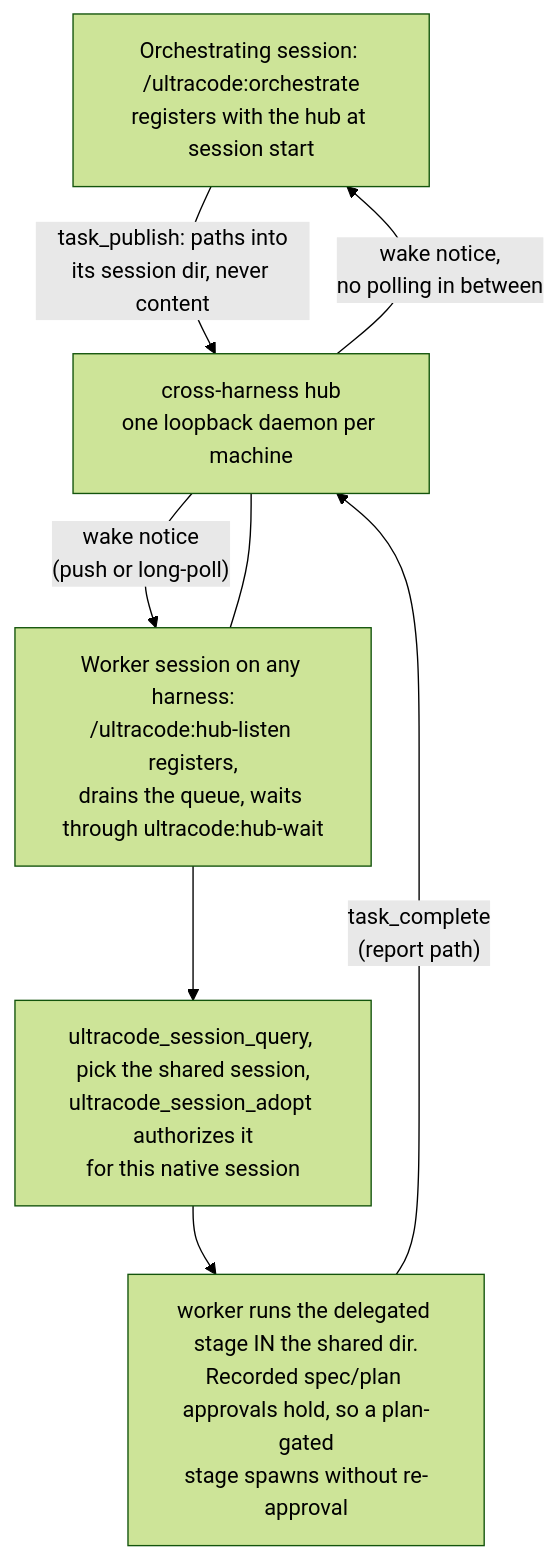
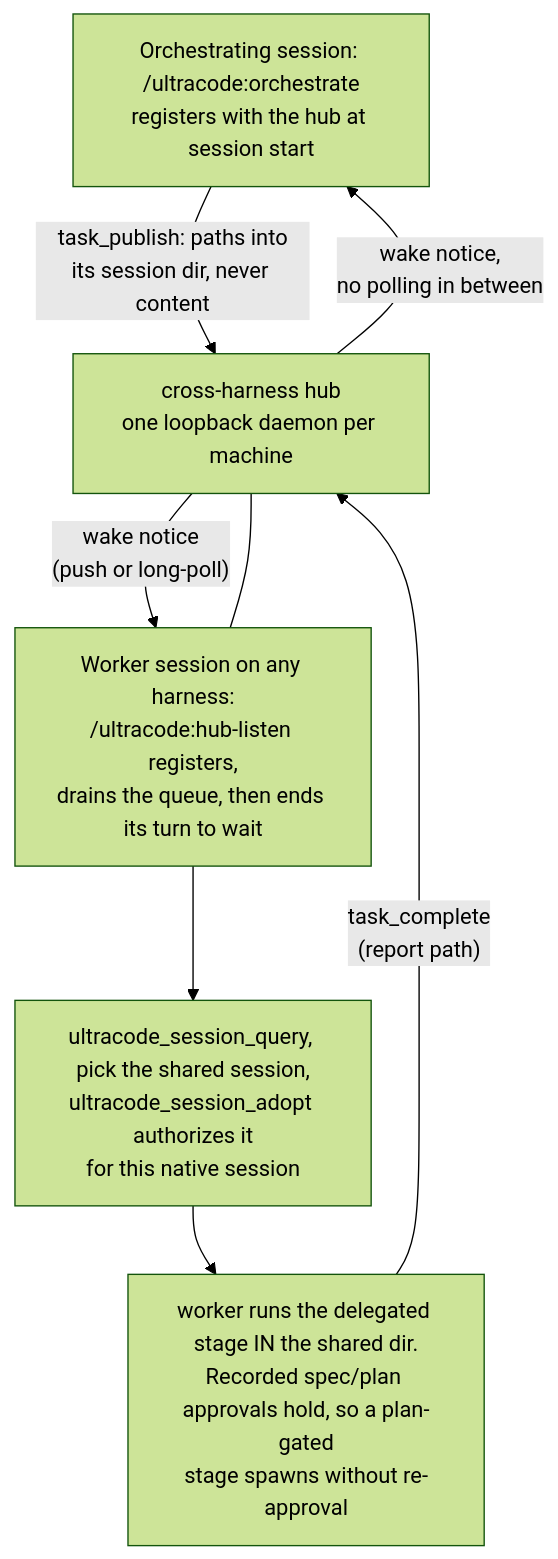
One commit to diepquynh/ultracode changed the second of 3 diagrams in README.md. Above: the diagram before and after it, drawn with Mermaid (forest theme). The commit also changed 37 other files, not shown here.

Commit message:
Remove hub-wait, restrict repo profile load for orchestrator

````diff
--- a/README.md
+++ b/README.md
@@ -175,10 +175,10 @@
 ```mermaid
 flowchart TD
     ORCH["Orchestrating session: /ultracode:orchestrate<br/>registers with the hub at session start"] -- "task_publish: paths into<br/>its session dir, never content" --> HUB["cross-harness hub<br/>one loopback daemon per machine"]
-    WORK["Worker session on any harness:<br/>/ultracode:hub-listen registers,<br/>drains the queue, waits through ultracode:hub-wait"] --- HUB
+    WORK["Worker session on any harness:<br/>/ultracode:hub-listen registers,<br/>drains the queue, then ends its turn to wait"] --- HUB
     HUB -- "wake notice<br/>(push or long-poll)" --> WORK
     WORK --> ADOPT["ultracode_session_query, pick the shared session,<br/>ultracode_session_adopt authorizes it<br/>for this native session"]
     ADOPT --> RUN["worker runs the delegated stage IN the shared dir.<br/>Recorded spec/plan approvals hold, so a plan-gated<br/>stage spawns without re-approval"]
     RUN -- "task_complete<br/>(report path)" --> HUB
     HUB -- "wake notice,<br/>no polling in between" --> ORCH
 ```
````
